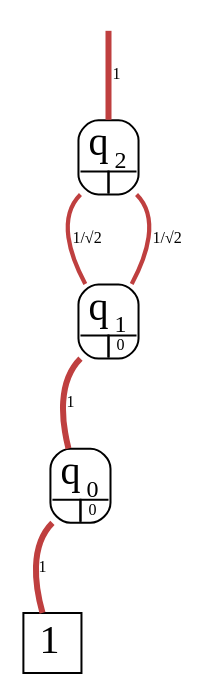
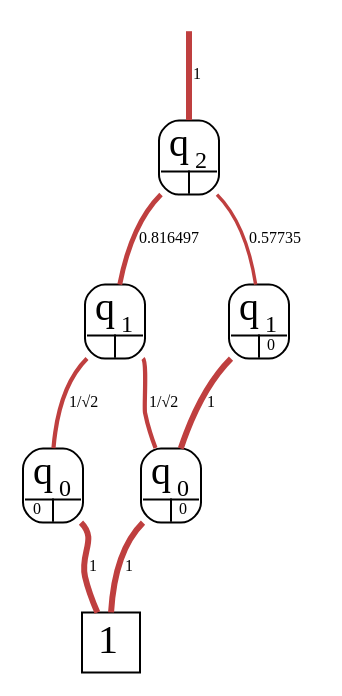
The diagram in Old_Junk_Files/ddsim_graphviz_dd.dot (its2ru3/Project1), drawn with Graphviz before and after one commit. The commit also changed 14 other files, not shown here.

```diff
--- a/Old_Junk_Files/ddsim_graphviz_dd.dot
+++ b/Old_Junk_Files/ddsim_graphviz_dd.dot
@@ -1,12 +1,17 @@
 digraph "DD" {graph[];node[shape=plain];edge[arrowhead=none]
 root [label="",shape=point,style=invis]
 t [label=<<font point-size="20">1</font>>,shape=box,tooltip="1",width=0.3,height=0.3]
-root->71792[penwidth="3",tooltip="1",color="0.000 0.667 0.750",label=<<font point-size="8">&nbsp;1</font>>]
-71792[label=<<font point-size="8"><table border="1" cellspacing="0" cellpadding="0" style="rounded"><tr><td colspan="2" border="0" cellpadding="1"><font point-size="20">q<sub><font point-size="12">2</font></sub></font></td></tr><tr><td height="6" width="14" port="0" tooltip="1/√2" href="javascript:;" sides="RT"><font color="white">&nbsp;0 </font></td><td height="6" width="14" port="1" tooltip="1/√2" href="javascript:;" sides="LT"><font color="white">&nbsp;0 </font></td></tr></table></font>>,tooltip="q2"]
-71792:1:se->71728[penwidth="2.12132",tooltip="1/√2" color="0.000 0.667 0.750",label=<<font point-size="8">&nbsp;1/√2</font>>]
-71792:0:sw->71728[penwidth="2.12132",tooltip="1/√2" color="0.000 0.667 0.750",label=<<font point-size="8">&nbsp;1/√2</font>>]
-71728[label=<<font point-size="8"><table border="1" cellspacing="0" cellpadding="0" style="rounded"><tr><td colspan="2" border="0" cellpadding="1"><font point-size="20">q<sub><font point-size="12">1</font></sub></font></td></tr><tr><td height="6" width="14" port="0" tooltip="1" href="javascript:;" sides="RT"><font color="white">&nbsp;0 </font></td><td height="6" width="14" port="1" tooltip="0" href="javascript:;" sides="LT">&nbsp;0 </td></tr></table></font>>,tooltip="q1"]
-71728:0:sw->71696[penwidth="3",tooltip="1" color="0.000 0.667 0.750",label=<<font point-size="8">&nbsp;1</font>>]
-71696[label=<<font point-size="8"><table border="1" cellspacing="0" cellpadding="0" style="rounded"><tr><td colspan="2" border="0" cellpadding="1"><font point-size="20">q<sub><font point-size="12">0</font></sub></font></td></tr><tr><td height="6" width="14" port="0" tooltip="1" href="javascript:;" sides="RT"><font color="white">&nbsp;0 </font></td><td height="6" width="14" port="1" tooltip="0" href="javascript:;" sides="LT">&nbsp;0 </td></tr></table></font>>,tooltip="q0"]
-71696:0:sw->t[penwidth="3",tooltip="1" color="0.000 0.667 0.750",label=<<font point-size="8">&nbsp;1</font>>]
+root->307952[penwidth="3",tooltip="1",color="0.000 0.667 0.750",label=<<font point-size="8">&nbsp;1</font>>]
+307952[label=<<font point-size="8"><table border="1" cellspacing="0" cellpadding="0" style="rounded"><tr><td colspan="2" border="0" cellpadding="1"><font point-size="20">q<sub><font point-size="12">2</font></sub></font></td></tr><tr><td height="6" width="14" port="0" tooltip="0.816497" href="javascript:;" sides="RT"><font color="white">&nbsp;0 </font></td><td height="6" width="14" port="1" tooltip="0.57735" href="javascript:;" sides="LT"><font color="white">&nbsp;0 </font></td></tr></table></font>>,tooltip="q2"]
+307952:1:se->307248[penwidth="1.73205",tooltip="0.57735" color="0.000 0.667 0.750",label=<<font point-size="8">&nbsp;0.57735</font>>]
+307952:0:sw->307920[penwidth="2.44949",tooltip="0.816497" color="0.000 0.667 0.750",label=<<font point-size="8">&nbsp;0.816497</font>>]
+307248[label=<<font point-size="8"><table border="1" cellspacing="0" cellpadding="0" style="rounded"><tr><td colspan="2" border="0" cellpadding="1"><font point-size="20">q<sub><font point-size="12">1</font></sub></font></td></tr><tr><td height="6" width="14" port="0" tooltip="1" href="javascript:;" sides="RT"><font color="white">&nbsp;0 </font></td><td height="6" width="14" port="1" tooltip="0" href="javascript:;" sides="LT">&nbsp;0 </td></tr></table></font>>,tooltip="q1"]
+307248:0:sw->307216[penwidth="3",tooltip="1" color="0.000 0.667 0.750",label=<<font point-size="8">&nbsp;1</font>>]
+307920[label=<<font point-size="8"><table border="1" cellspacing="0" cellpadding="0" style="rounded"><tr><td colspan="2" border="0" cellpadding="1"><font point-size="20">q<sub><font point-size="12">1</font></sub></font></td></tr><tr><td height="6" width="14" port="0" tooltip="1/√2" href="javascript:;" sides="RT"><font color="white">&nbsp;0 </font></td><td height="6" width="14" port="1" tooltip="1/√2" href="javascript:;" sides="LT"><font color="white">&nbsp;0 </font></td></tr></table></font>>,tooltip="q1"]
+307920:1:se->307216[penwidth="2.12132",tooltip="1/√2" color="0.000 0.667 0.750",label=<<font point-size="8">&nbsp;1/√2</font>>]
+307920:0:sw->307888[penwidth="2.12132",tooltip="1/√2" color="0.000 0.667 0.750",label=<<font point-size="8">&nbsp;1/√2</font>>]
+307216[label=<<font point-size="8"><table border="1" cellspacing="0" cellpadding="0" style="rounded"><tr><td colspan="2" border="0" cellpadding="1"><font point-size="20">q<sub><font point-size="12">0</font></sub></font></td></tr><tr><td height="6" width="14" port="0" tooltip="1" href="javascript:;" sides="RT"><font color="white">&nbsp;0 </font></td><td height="6" width="14" port="1" tooltip="0" href="javascript:;" sides="LT">&nbsp;0 </td></tr></table></font>>,tooltip="q0"]
+307216:0:sw->t[penwidth="3",tooltip="1" color="0.000 0.667 0.750",label=<<font point-size="8">&nbsp;1</font>>]
+307888[label=<<font point-size="8"><table border="1" cellspacing="0" cellpadding="0" style="rounded"><tr><td colspan="2" border="0" cellpadding="1"><font point-size="20">q<sub><font point-size="12">0</font></sub></font></td></tr><tr><td height="6" width="14" port="0" tooltip="0" href="javascript:;" sides="RT">&nbsp;0 </td><td height="6" width="14" port="1" tooltip="1" href="javascript:;" sides="LT"><font color="white">&nbsp;0 </font></td></tr></table></font>>,tooltip="q0"]
+307888:1:se->t[penwidth="3",tooltip="1" color="0.000 0.667 0.750",label=<<font point-size="8">&nbsp;1</font>>]
 }
```
